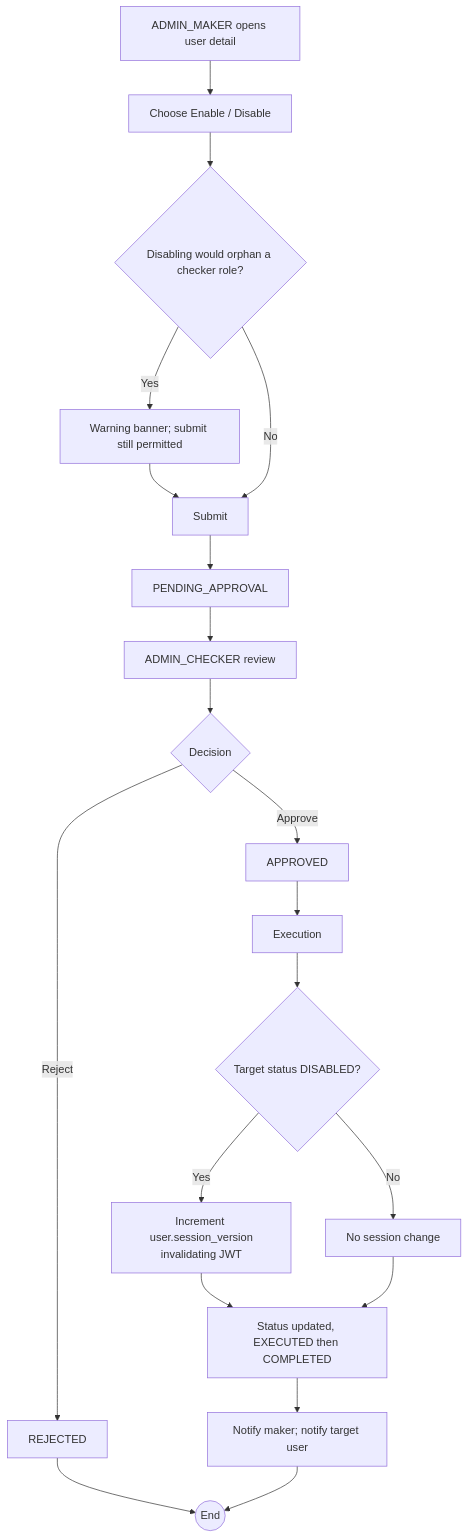
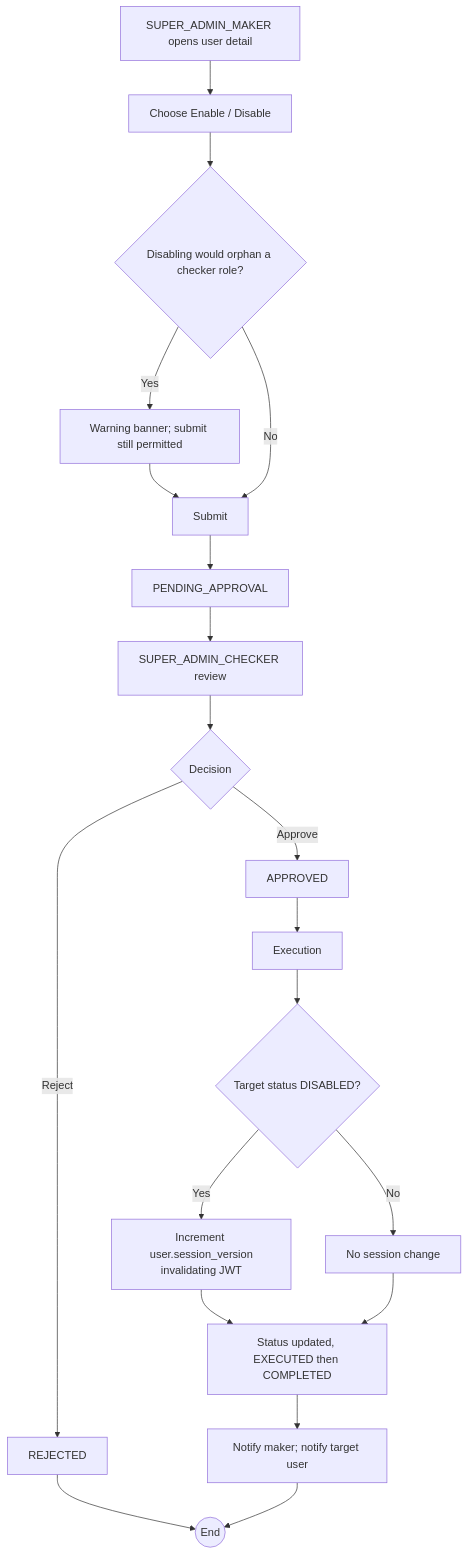
Before and after one commit to ruthvikchandravanam/Nexus-CA: the diagram in Docs/1-Requirements/Workflows/WF-006-user-enable-disable.md, drawn with Mermaid. The commit also changed other lines of this file and 33 other files, not shown here.

````diff
--- a/Docs/1-Requirements/Workflows/WF-006-user-enable-disable.md
+++ b/Docs/1-Requirements/Workflows/WF-006-user-enable-disable.md
@@ -21,20 +21,20 @@
 ```mermaid
 flowchart TD
-    A[ADMIN_MAKER opens user detail] --> B[Choose Enable / Disable]
+    A[SUPER_ADMIN_MAKER opens user detail] --> B[Choose Enable / Disable]
     B --> C{Disabling would orphan a checker role?}
     C -- Yes --> C1[Warning banner; submit still permitted] --> D
     C -- No --> D[Submit]
     D --> E[PENDING_APPROVAL]
-    E --> F[ADMIN_CHECKER review]
+    E --> F[SUPER_ADMIN_CHECKER review]
     F --> G{Decision}
     G -- Reject --> R[REJECTED] --> Z((End))
     G -- Approve --> H[APPROVED]
     H --> I[Execution]
     I --> J{Target status DISABLED?}
     J -- Yes --> J1[Increment user.session_version<br/>invalidating JWT]
     J -- No --> J2[No session change]
     J1 --> K
     J2 --> K[Status updated, EXECUTED then COMPLETED]
     K --> L[Notify maker; notify target user]
     L --> Z
 ```
````
